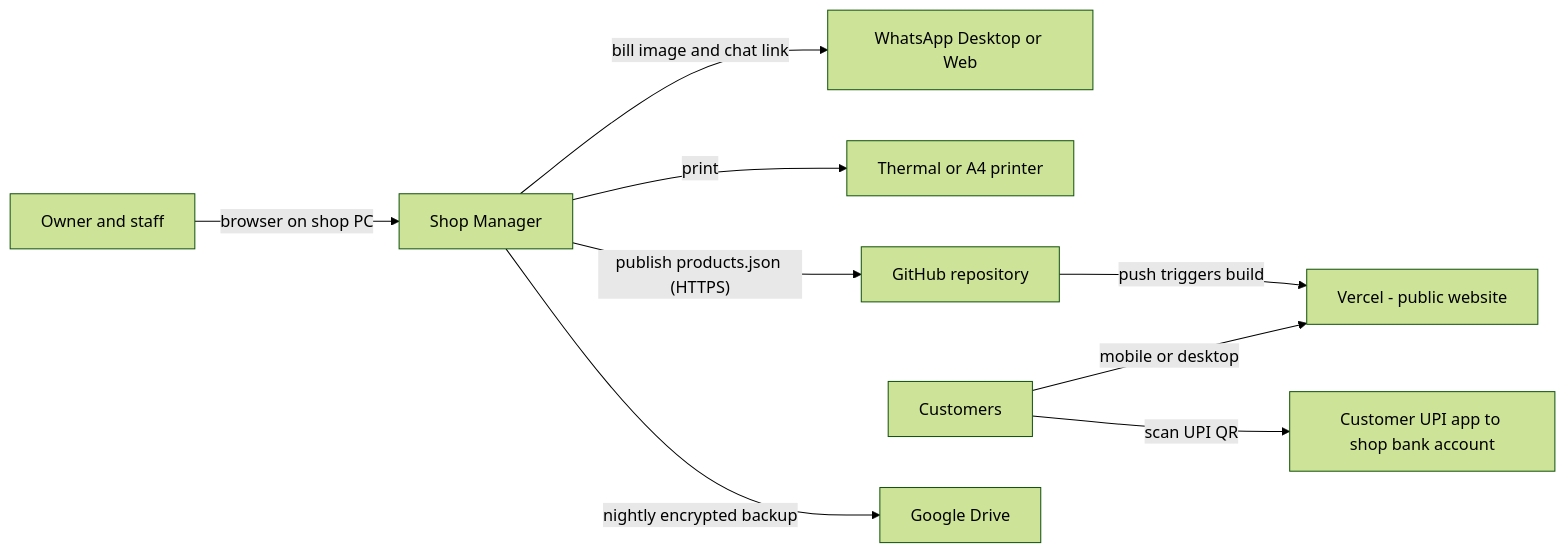
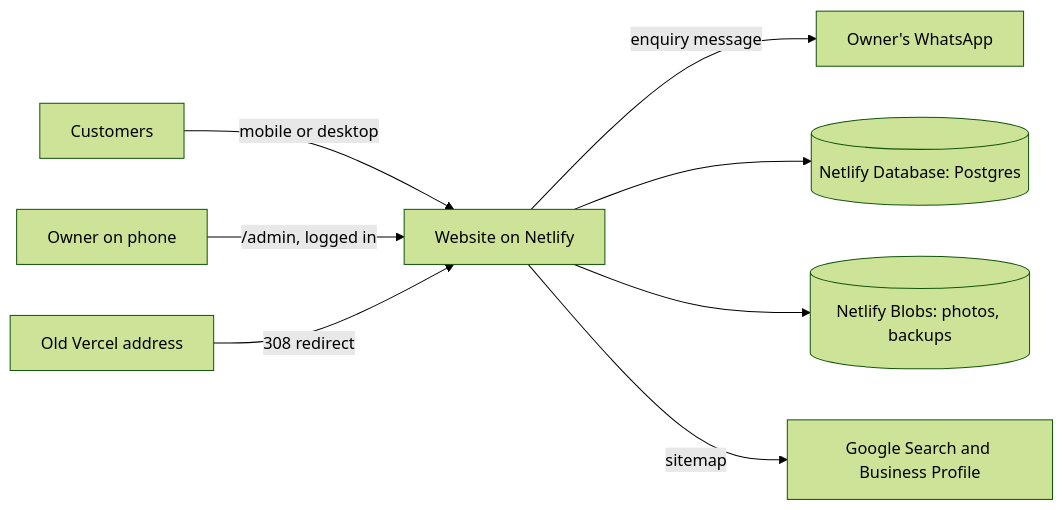
Before and after one commit to shubhamdsk/shree-balaji-paints-plywood-hardware: the first of 3 diagrams in docs/ARCHITECTURE.md, drawn with Mermaid (forest theme). The commit also changed other lines of this file and 6 other files, not shown here.

First line of the commit message:
docs: website-only Part 2 plan with owner panel, enquiry inbox and Netlify hosting

````diff
--- a/docs/ARCHITECTURE.md
+++ b/docs/ARCHITECTURE.md
@@ -27,11 +27,10 @@
 ```mermaid
 flowchart LR
-  Owner[Owner and staff] -->|browser on shop PC| ShopManager[Shop Manager]
-  ShopManager -->|bill image and chat link| WhatsApp[WhatsApp Desktop or Web]
-  ShopManager -->|print| Printer[Thermal or A4 printer]
-  ShopManager -->|"publish products.json (HTTPS)"| GitHub[GitHub repository]
-  GitHub -->|push triggers build| Vercel[Vercel - public website]
-  Customers[Customers] -->|mobile or desktop| Vercel
-  Customers -->|scan UPI QR| Bank[Customer UPI app to shop bank account]
-  ShopManager -->|nightly encrypted backup| GDrive[Google Drive]
+  Customers[Customers] -->|mobile or desktop| Site[Website on Netlify]
+  Site -->|enquiry message| WhatsApp[Owner's WhatsApp]
+  Owner[Owner on phone] -->|/admin, logged in| Site
+  Site --> DB[(Netlify Database: Postgres)]
+  Site --> Blobs[(Netlify Blobs: photos, backups)]
+  Site -->|sitemap| Google[Google Search and Business Profile]
+  OldLink[Old Vercel address] -->|308 redirect| Site
 ```
````
